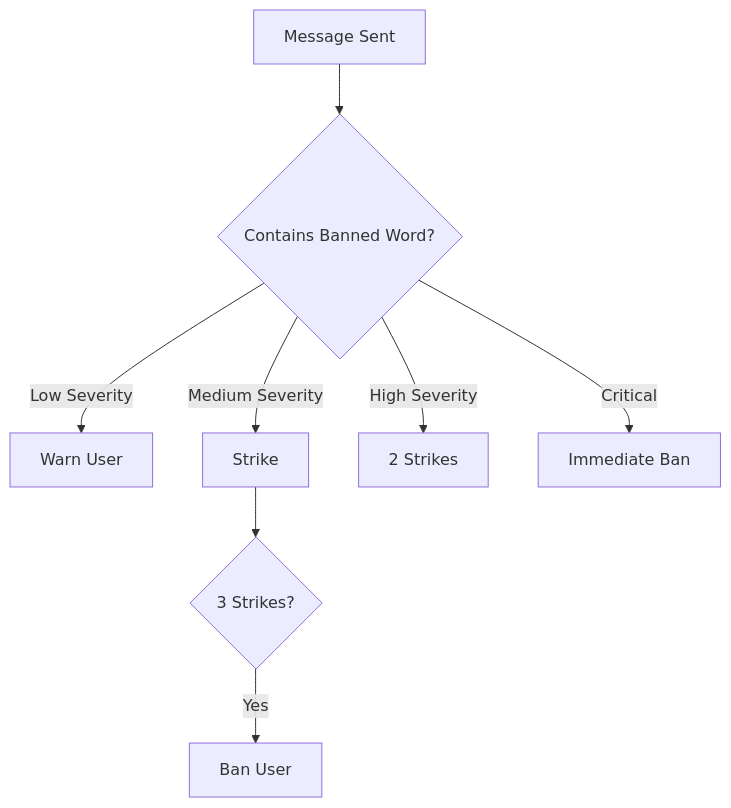
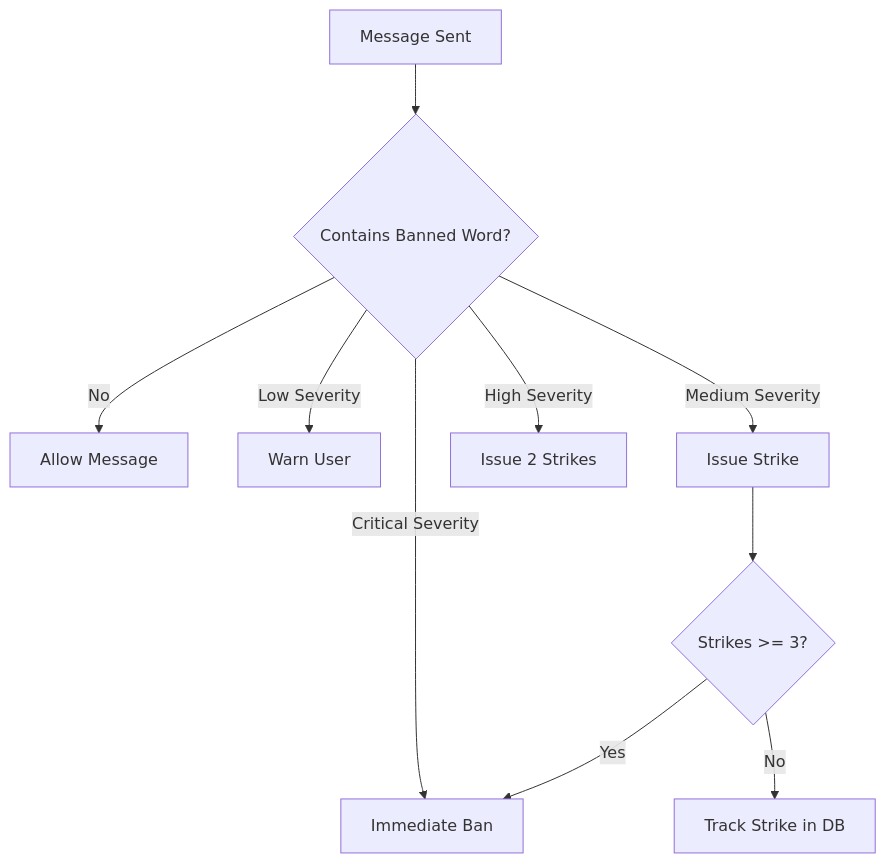
One commit to rushinski/Discord-Bot-Unity changed the third of 7 diagrams in ARCHITECTURE.md. Above: the diagram before and after it, drawn with Mermaid. The commit also changed other lines of this file, not shown here.

Commit message:
more architecture updates

````diff
--- a/ARCHITECTURE.md
+++ b/ARCHITECTURE.md
@@ -61,10 +69,12 @@
 ```mermaid
 flowchart TD
     A[Message Sent] --> B{Contains Banned Word?}
-    B -->|Low Severity| C[Warn User]
-    B -->|Medium Severity| D[Strike]
-    B -->|High Severity| E[2 Strikes]
-    B -->|Critical| F[Immediate Ban]
-    D --> G{3 Strikes?}
-    G -->|Yes| H[Ban User]
+    B -->|No| C[Allow Message]
+    B -->|Low Severity| D[Warn User]
+    B -->|Medium Severity| E[Issue Strike]
+    B -->|High Severity| F[Issue 2 Strikes]
+    B -->|Critical Severity| G[Immediate Ban]
+    E --> H{Strikes >= 3?}
+    H -->|Yes| G
+    H -->|No| I[Track Strike in DB]
 ```
````
